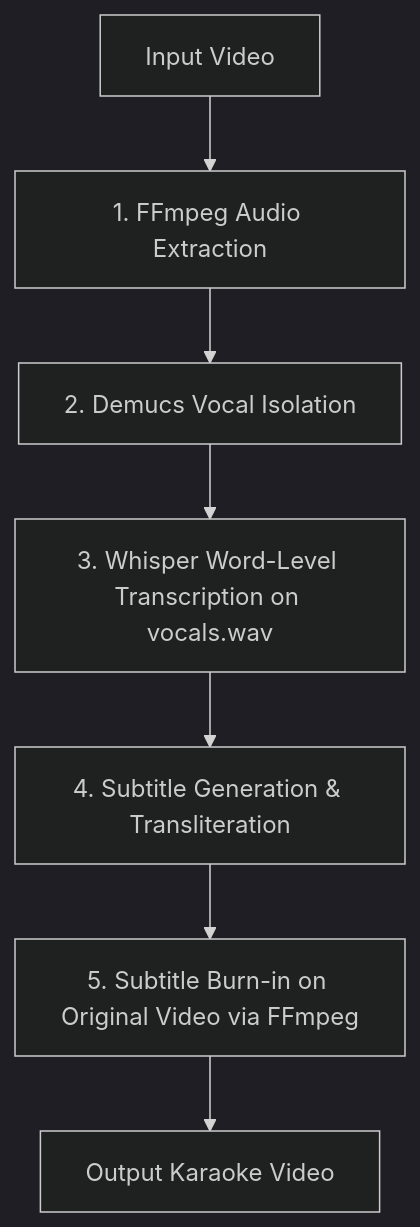
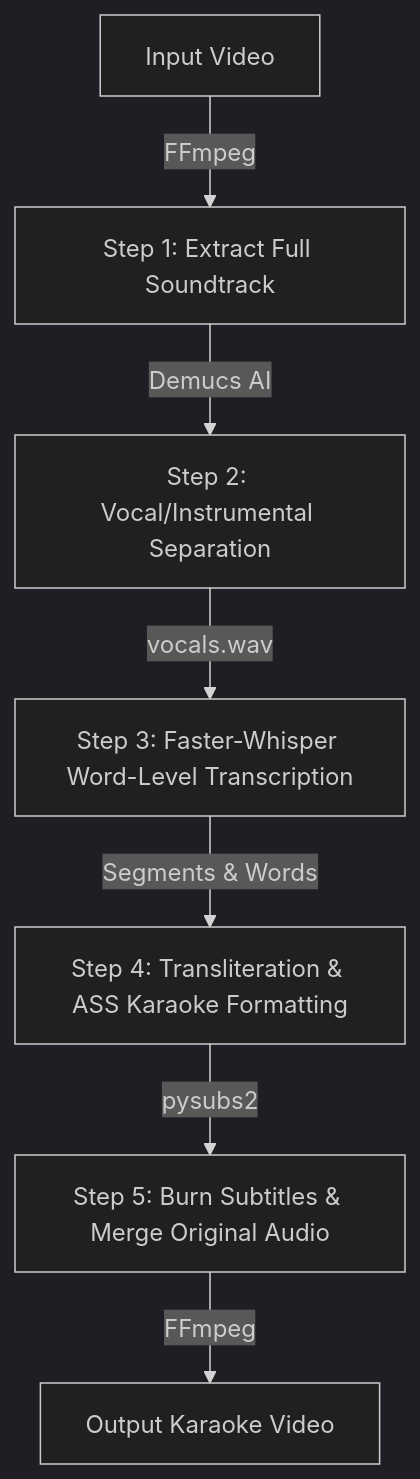
Before and after one commit to shanmuganathan457/karaoke-video-generator: the diagram in karaoke-video-generator/README.md, drawn with Mermaid (dark theme). The commit also changed other lines of this file, not shown here.

````diff
--- a/karaoke-video-generator/README.md
+++ b/karaoke-video-generator/README.md
@@ -20,9 +43,9 @@
 ```mermaid
 graph TD
-    A[Input Video] --> B[1. FFmpeg Audio Extraction]
-    B --> C[2. Demucs Vocal Isolation]
-    C --> D[3. Whisper Word-Level Transcription on vocals.wav]
-    D --> E[4. Subtitle Generation & Transliteration]
-    E --> F[5. Subtitle Burn-in on Original Video via FFmpeg]
-    F --> G[Output Karaoke Video]
+    A[Input Video] -->|FFmpeg| B[Step 1: Extract Full Soundtrack]
+    B -->|Demucs AI| C[Step 2: Vocal/Instrumental Separation]
+    C -->|vocals.wav| D[Step 3: Faster-Whisper Word-Level Transcription]
+    D -->|Segments & Words| E[Step 4: Transliteration & ASS Karaoke Formatting]
+    E -->|pysubs2| F[Step 5: Burn Subtitles & Merge Original Audio]
+    F -->|FFmpeg| G[Output Karaoke Video]
 ```
````
